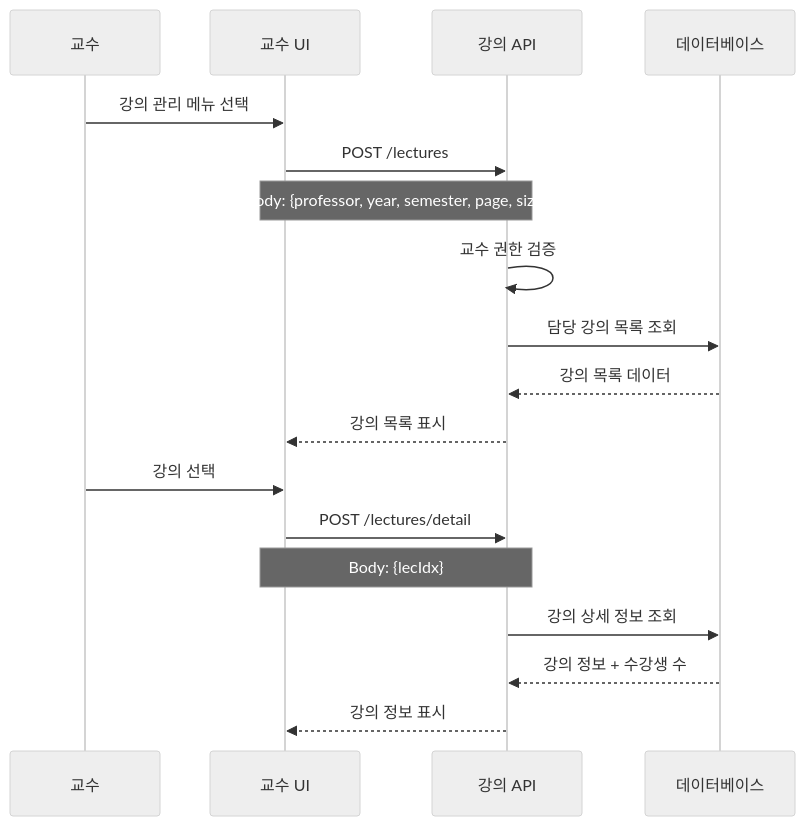
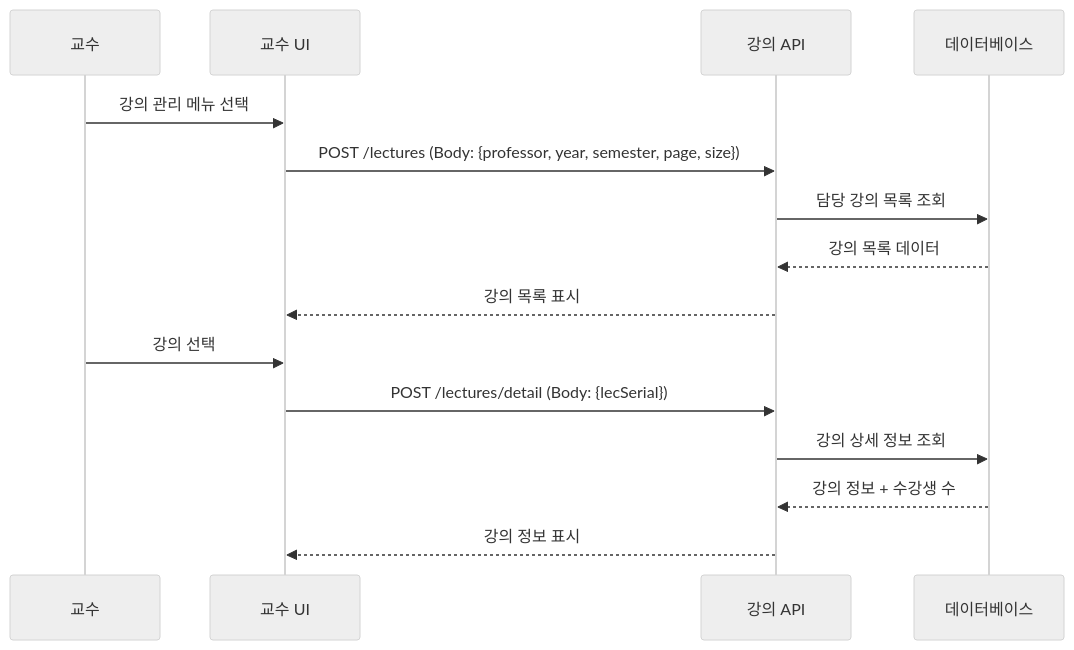
One commit to hooting76/blue-crab-lms changed the first of 9 diagrams in backend/BlueCrab/docs/강의관련기능/05-교수플로우.md. Above: the diagram before and after it, drawn with Mermaid (neutral theme). The commit also changed other lines of this file and 19 other files, not shown here.

````diff
--- a/backend/BlueCrab/docs/강의관련기능/05-교수플로우.md
+++ b/backend/BlueCrab/docs/강의관련기능/05-교수플로우.md
@@ -35,25 +19,19 @@
 ```mermaid
 sequenceDiagram
-    participant Professor as 교수
-    participant UI as 교수 UI
-
     participant Professor as 교수
     participant UI as 교수 UI
     participant API as 강의 API
     participant DB as 데이터베이스
 
     Professor->>UI: 강의 관리 메뉴 선택
-    UI->>API: POST /lectures
-    Note over UI,API: Body: {professor, year, semester, page, size}
-    API->>API: 교수 권한 검증
+    UI->>API: POST /lectures (Body: {professor, year, semester, page, size})
     API->>DB: 담당 강의 목록 조회
     DB-->>API: 강의 목록 데이터
     API-->>UI: 강의 목록 표시
 
     Professor->>UI: 강의 선택
-    UI->>API: POST /lectures/detail
-    Note over UI,API: Body: {lecIdx}
+    UI->>API: POST /lectures/detail (Body: {lecSerial})
     API->>DB: 강의 상세 정보 조회
     DB-->>API: 강의 정보 + 수강생 수
     API-->>UI: 강의 정보 표시
 ```
````
